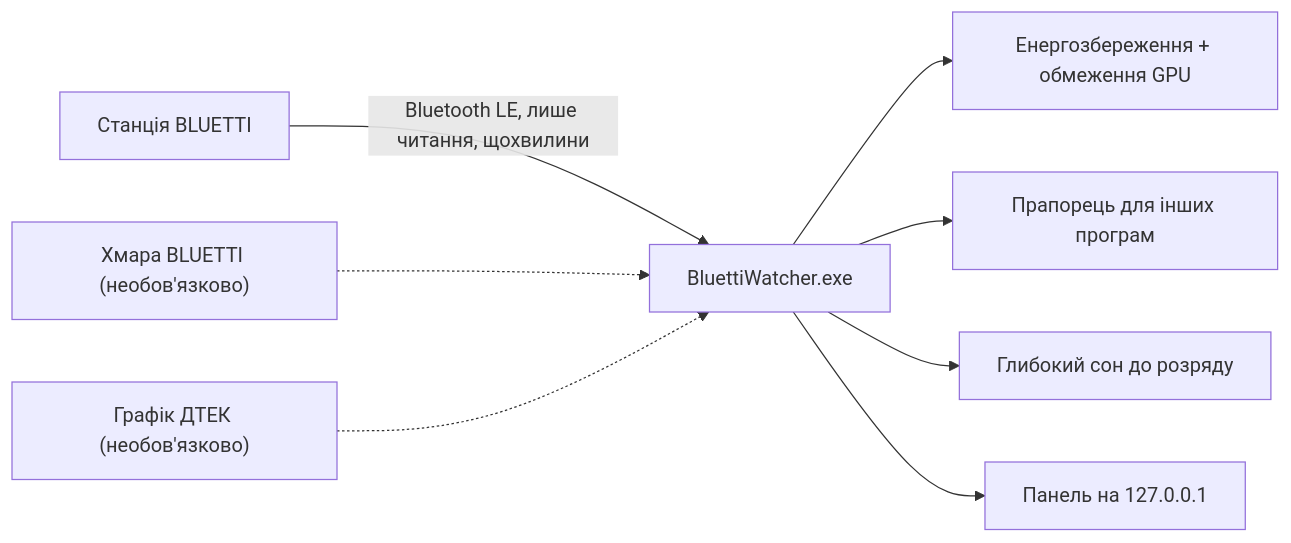
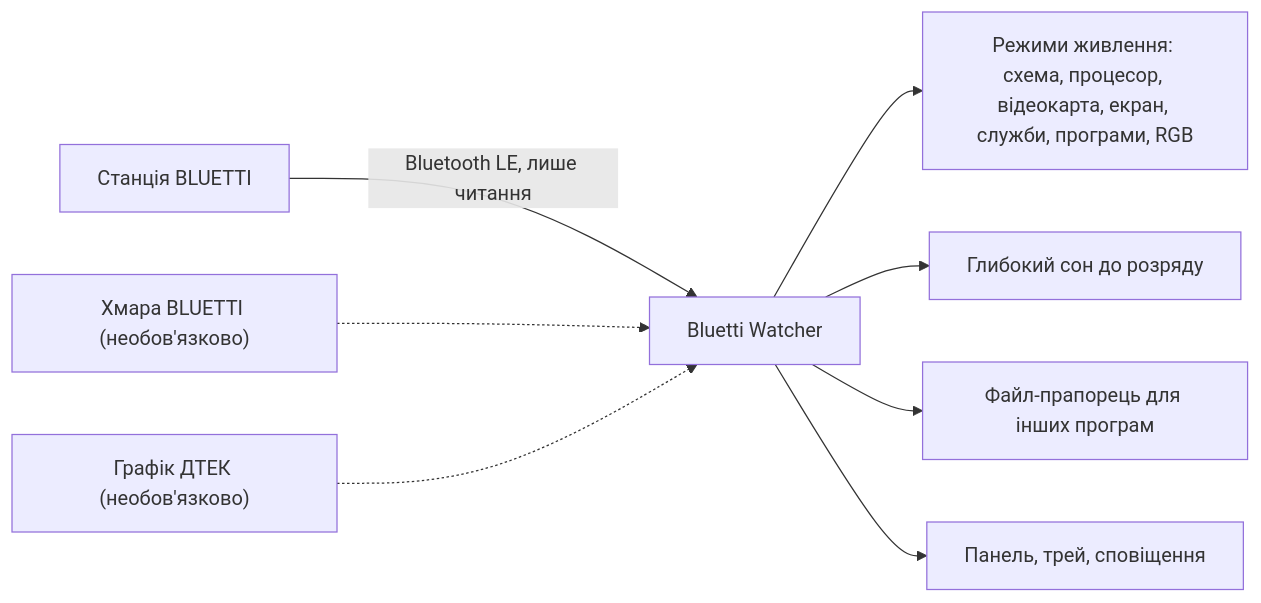
Before and after one commit to vitaliy-shatskiy/bluetti-watcher: the diagram in README.uk.md, drawn with Mermaid. The commit also changed other lines of this file and 8 other files, not shown here.

````diff
--- a/README.uk.md
+++ b/README.uk.md
@@ -43,10 +40,10 @@
 ```mermaid
 flowchart LR
-  S["Станція BLUETTI"] -- "Bluetooth LE, лише читання, щохвилини" --> W["BluettiWatcher.exe"]
+  S["Станція BLUETTI"] -- "Bluetooth LE, лише читання" --> W["Bluetti Watcher"]
   C["Хмара BLUETTI (необов'язково)"] -.-> W
   K["Графік ДТЕК (необов'язково)"] -.-> W
-  W --> P["Енергозбереження + обмеження GPU"]
-  W --> F["Прапорець для інших програм"]
+  W --> P["Режими живлення: схема, процесор, відеокарта, екран, служби, програми, RGB"]
   W --> H["Глибокий сон до розряду"]
-  W --> D["Панель на 127.0.0.1"]
+  W --> F["Файл-прапорець для інших програм"]
+  W --> D["Панель, трей, сповіщення"]
 ```
````
